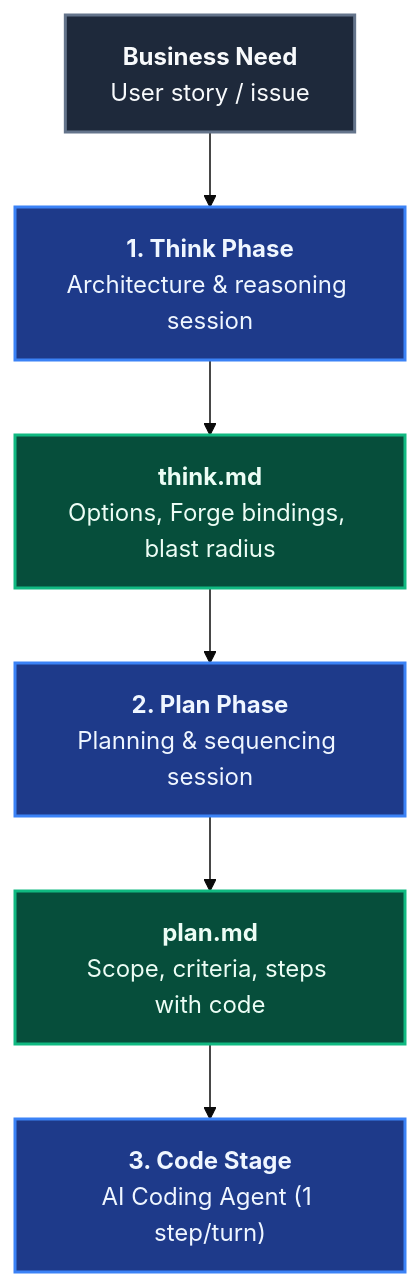
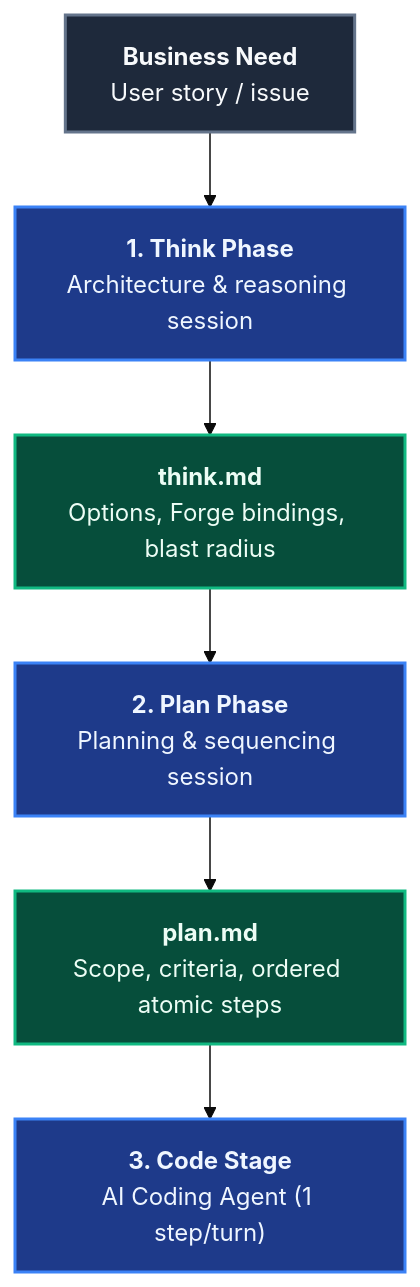
Before and after one commit to ALTEN-group/coding-pal: the fifth of 5 diagrams in website/docs/guide/persistent-context.md, drawn with Mermaid (base theme). The commit also changed other lines of this file and 35 other files, not shown here.

First line of the commit message:
refactor(plan,code): drop New Code from plans and remove bug-rule control

````diff
--- a/website/docs/guide/persistent-context.md
+++ b/website/docs/guide/persistent-context.md
@@ -251,19 +251,19 @@
 ```mermaid
 ---
 caption: Phased Specification Architecture (Think -> Plan -> Code)
 ---
 flowchart TD
     BN["<b>Business Need</b><br/>User story / issue"] --> T["<b>1. Think Phase</b><br/>Architecture & reasoning session"]
     T --> TM["<b>think.md</b><br/>Options, Forge bindings, blast radius"]
     TM --> P["<b>2. Plan Phase</b><br/>Planning & sequencing session"]
-    P --> PM["<b>plan.md</b><br/>Scope, criteria, steps with code"]
+    P --> PM["<b>plan.md</b><br/>Scope, criteria, ordered atomic steps"]
     PM --> B["<b>3. Code Stage</b><br/>AI Coding Agent (1 step/turn)"]
 
     classDef stage fill:#1e3a8a,stroke:#3b82f6,stroke-width:2px,color:#eff6ff;
     classDef artifact fill:#064e3b,stroke:#10b981,stroke-width:2px,color:#ecfdf5;
     classDef input fill:#1e293b,stroke:#64748b,stroke-width:2px,color:#f8fafc;
 
     class BN input;
     class T,P,B stage;
     class TM,PM artifact;
 ```
````
